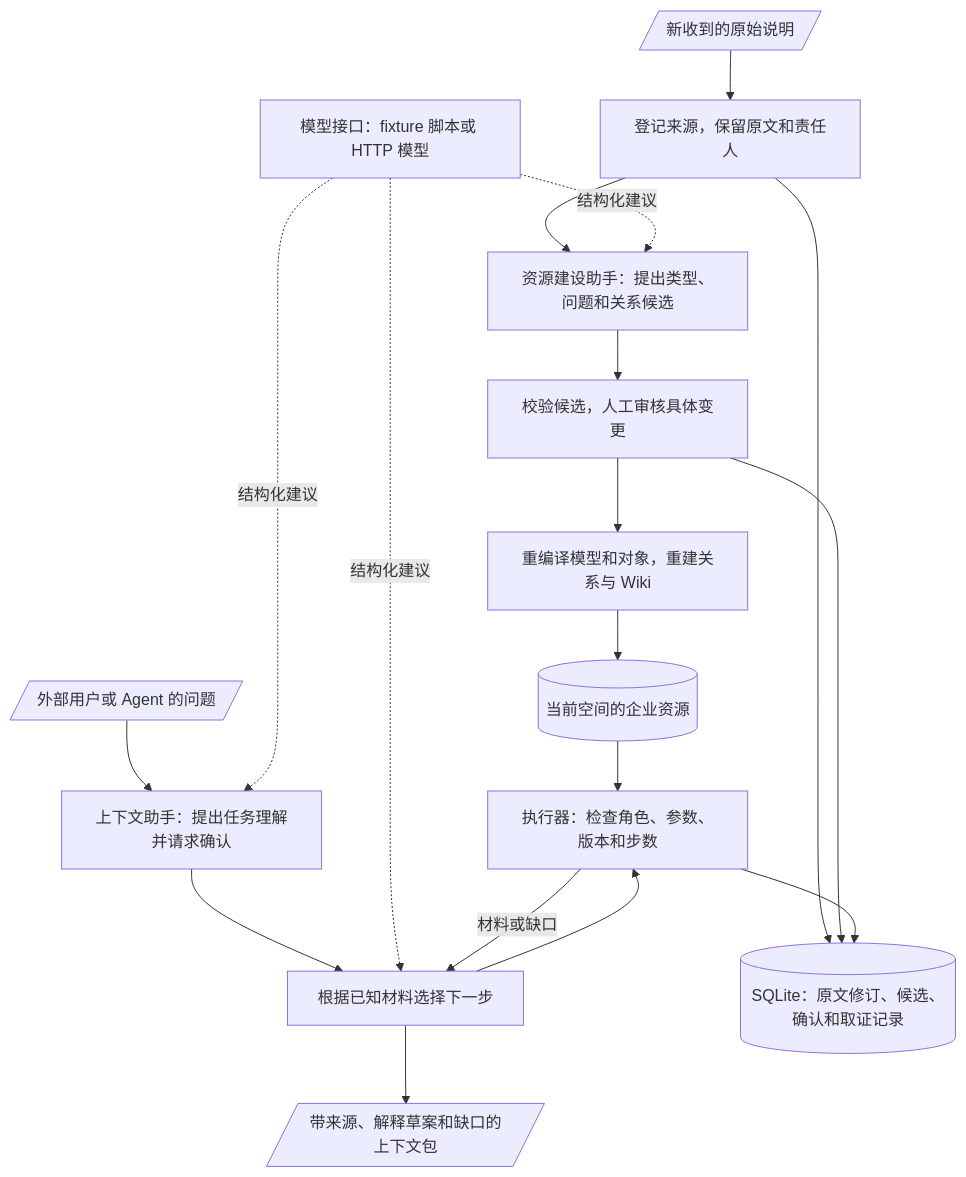
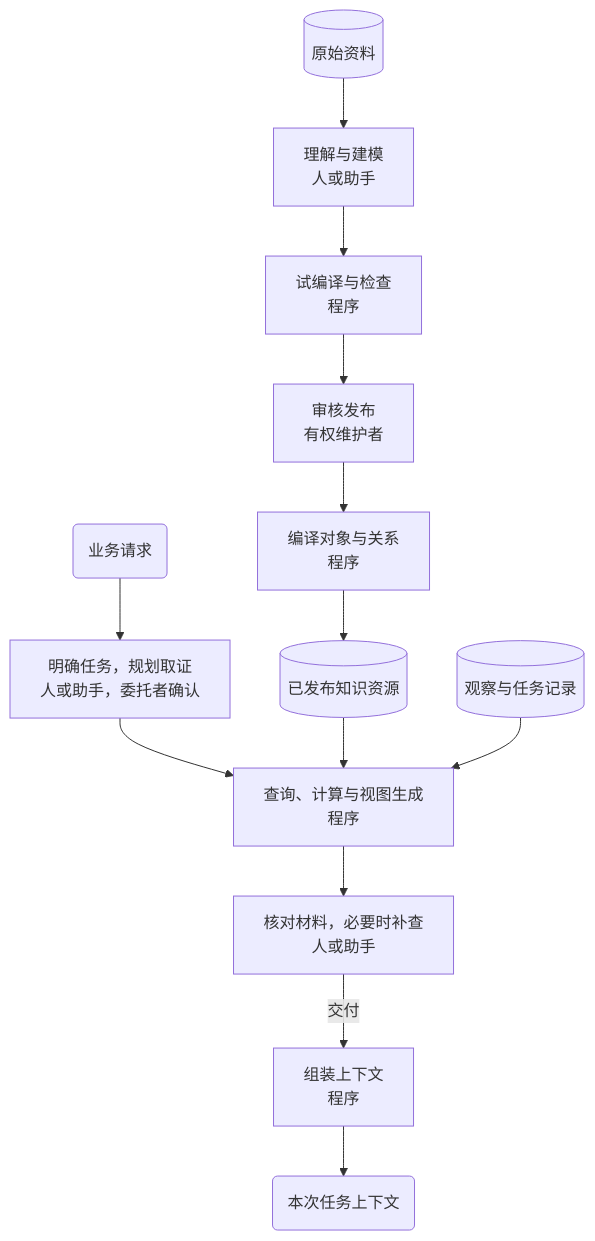
Before and after one commit to LENSHOOD/enterprise-context-book: the first of 2 diagrams in book/part-4/chapter-14.md, drawn with Mermaid. The commit also changed other lines of this file and 21 other files, not shown here.

Commit message:
refactor: unify Northstar context flow and clarify Part IV (rc.26)

````diff
--- a/book/part-4/chapter-14.md
+++ b/book/part-4/chapter-14.md
@@ -214,21 +33,21 @@
 ```mermaid
 flowchart TB
-  Raw[/新收到的原始说明/] --> Register[登记来源，保留原文和责任人]
-  Register --> Build[资源建设助手：提出类型、问题和关系候选]
-  Query[/外部用户或 Agent 的问题/] --> Ask[上下文助手：提出任务理解并请求确认]
-  Ask --> Plan[根据已知材料选择下一步]
-  Model[模型接口：fixture 脚本或 HTTP 模型] -.结构化建议.-> Build
-  Model -.结构化建议.-> Ask
-  Model -.结构化建议.-> Plan
-  Build --> Review[校验候选，人工审核具体变更]
-  Review --> Compile[重编译模型和对象，重建关系与 Wiki]
-  Compile --> Resources[(当前空间的企业资源)]
-  Plan --> Read[执行器：检查角色、参数、版本和步数]
+  Raw[(原始资料)]
+  Build[理解与建模<br/>人或助手]
+  Check[试编译与检查<br/>程序]
+  Review[审核发布<br/>有权维护者]
+  Compile[编译对象与关系<br/>程序]
+  Resources[(已发布知识资源)]
+  Live[(观察与任务记录)]
+  Request(业务请求)
+  Plan[明确任务，规划取证<br/>人或助手，委托者确认]
+  Read[查询、计算与视图生成<br/>程序]
+  Assess[核对材料，必要时补查<br/>人或助手]
+  Pack[组装上下文<br/>程序]
+  Package(本次任务上下文)
+  Raw --> Build --> Check --> Review --> Compile --> Resources
+  Request --> Plan --> Read --> Assess
   Resources --> Read
-  Read -->|材料或缺口| Plan
-  Plan --> Pack[/带来源、解释草案和缺口的上下文包/]
-  Store[(SQLite：原文修订、候选、确认和取证记录)]
-  Register --> Store
-  Review --> Store
-  Read --> Store
+  Live --> Read
+  Assess -->|交付| Pack --> Package
 ```
````
